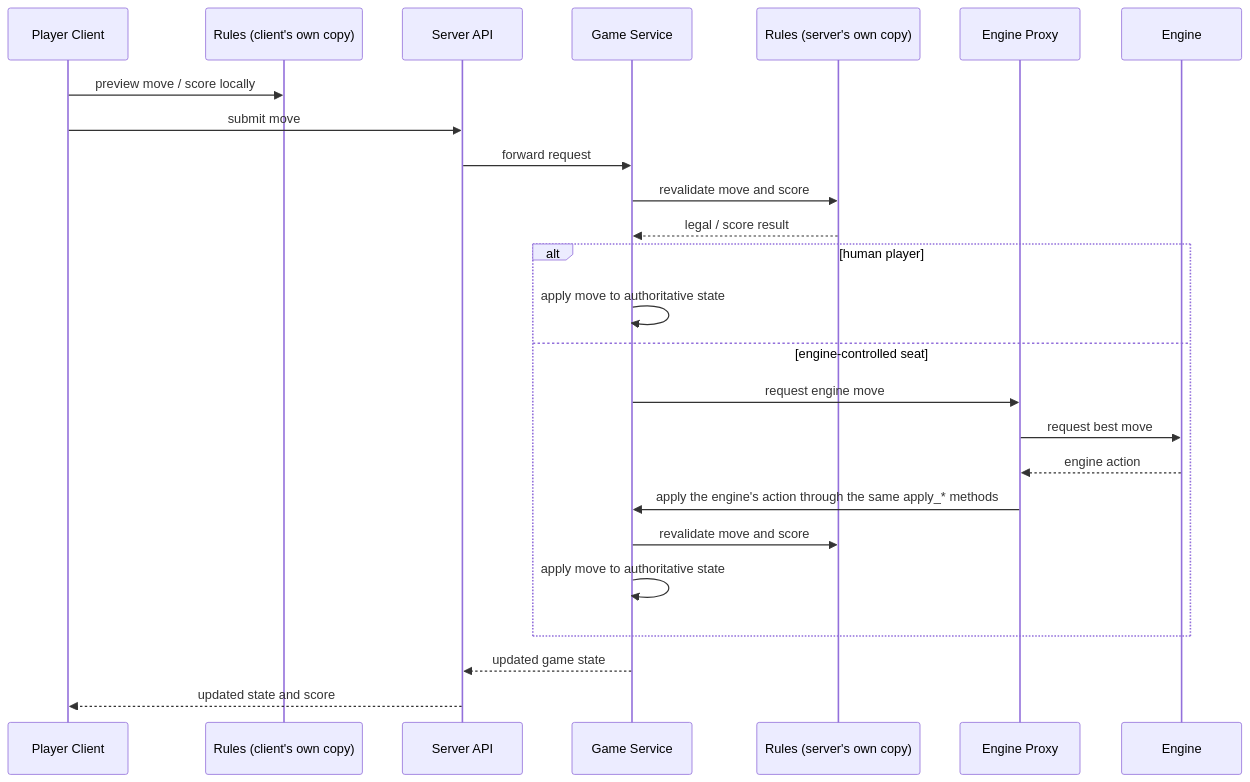
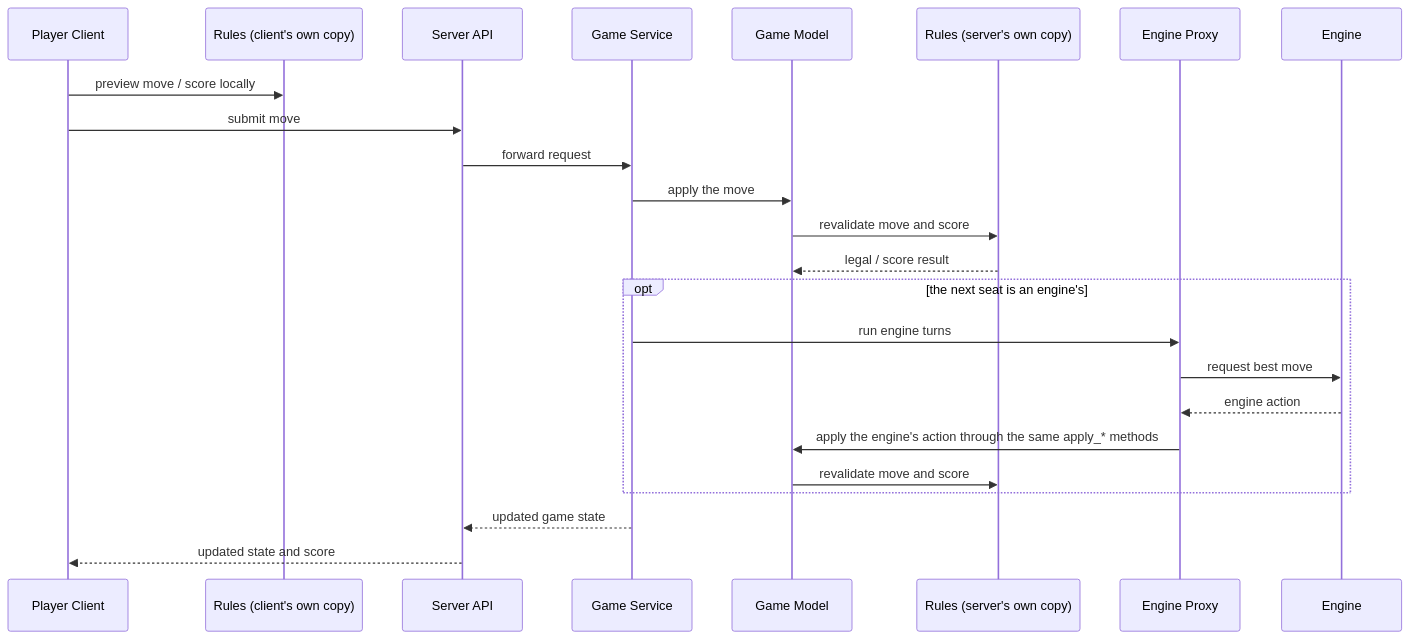
Before and after one commit to delphside/tile-lite-elite: the diagram in docs/4.1.2-components-and-interactions.md, drawn with Mermaid. The commit also changed other lines of this file and 2 other files, not shown here.

Commit message:
app 0.9.2 api 2.16: design map, the fourth truth review's minor fixes (Refs #406)
The fourth round found nothing material. 4.1.2's move sequence now has the
game model revalidate and apply each move, and the engine turn follow the
player's move rather than replace it; the Caddy label no longer implies
/health is not proxied.

Refs #71

Claude-Session: https://claude.ai/code/session_013RrHRzWMEwTePZNqMB1VMr

````diff
--- a/docs/4.1.2-components-and-interactions.md
+++ b/docs/4.1.2-components-and-interactions.md
@@ -15,28 +15,27 @@
 ```mermaid
 sequenceDiagram
   participant P as Player Client
   participant RC as Rules (client's own copy)
   participant S as Server API
   participant G as Game Service
+  participant M as Game Model
   participant RS as Rules (server's own copy)
   participant X as Engine Proxy
   participant E as Engine
 
   P->>RC: preview move / score locally
   P->>S: submit move
   S->>G: forward request
-  G->>RS: revalidate move and score
-  RS-->>G: legal / score result
-  alt human player
-    G->>G: apply move to authoritative state
-  else engine-controlled seat
-    G->>X: request engine move
+  G->>M: apply the move
+  M->>RS: revalidate move and score
+  RS-->>M: legal / score result
+  opt the next seat is an engine's
+    G->>X: run engine turns
     X->>E: request best move
     E-->>X: engine action
-    X->>G: apply the engine's action through the same apply_* methods
-    G->>RS: revalidate move and score
-    G->>G: apply move to authoritative state
+    X->>M: apply the engine's action through the same apply_* methods
+    M->>RS: revalidate move and score
   end
   G-->>S: updated game state
   S-->>P: updated state and score
 ```
````
